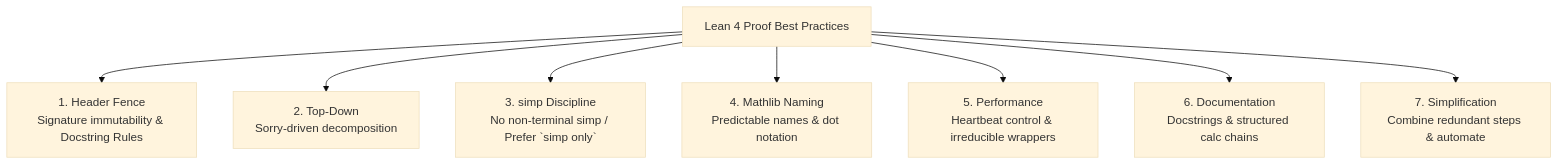
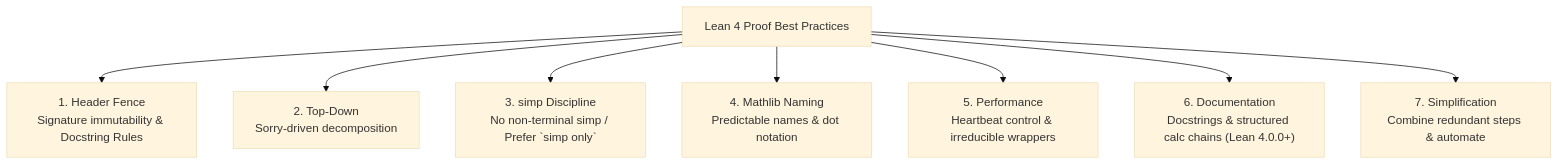
Before and after one commit to MI-1222/lean4-skills: the first of 2 diagrams in skills/lean4-best-practice/SKILL.md, drawn with Mermaid (base theme). The commit also changed other lines of this file and 17 other files, not shown here.

````diff
--- a/skills/lean4-best-practice/SKILL.md
+++ b/skills/lean4-best-practice/SKILL.md
@@ -37,11 +37,11 @@
 ```mermaid
 graph TD
     Root["Lean 4 Proof Best Practices"]
     Root --> P1["1. Header Fence<br/>Signature immutability & Docstring Rules"]
     Root --> P2["2. Top-Down<br/>Sorry-driven decomposition"]
     Root --> P3["3. simp Discipline<br/>No non-terminal simp / Prefer `simp only`"]
     Root --> P4["4. Mathlib Naming<br/>Predictable names & dot notation"]
     Root --> P5["5. Performance<br/>Heartbeat control & irreducible wrappers"]
-    Root --> P6["6. Documentation<br/>Docstrings & structured calc chains"]
+    Root --> P6["6. Documentation<br/>Docstrings & structured calc chains (Lean 4.0.0+)"]
     Root --> P7["7. Simplification<br/>Combine redundant steps & automate"]
 ```
````
